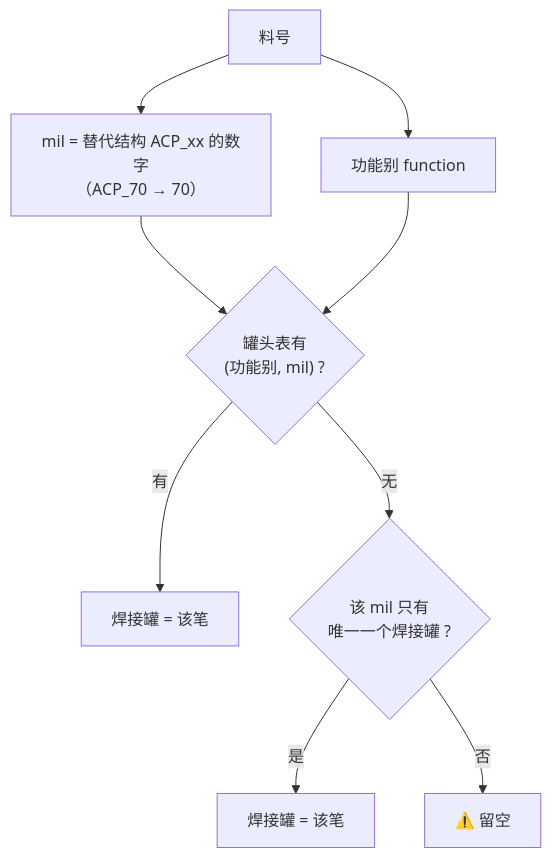
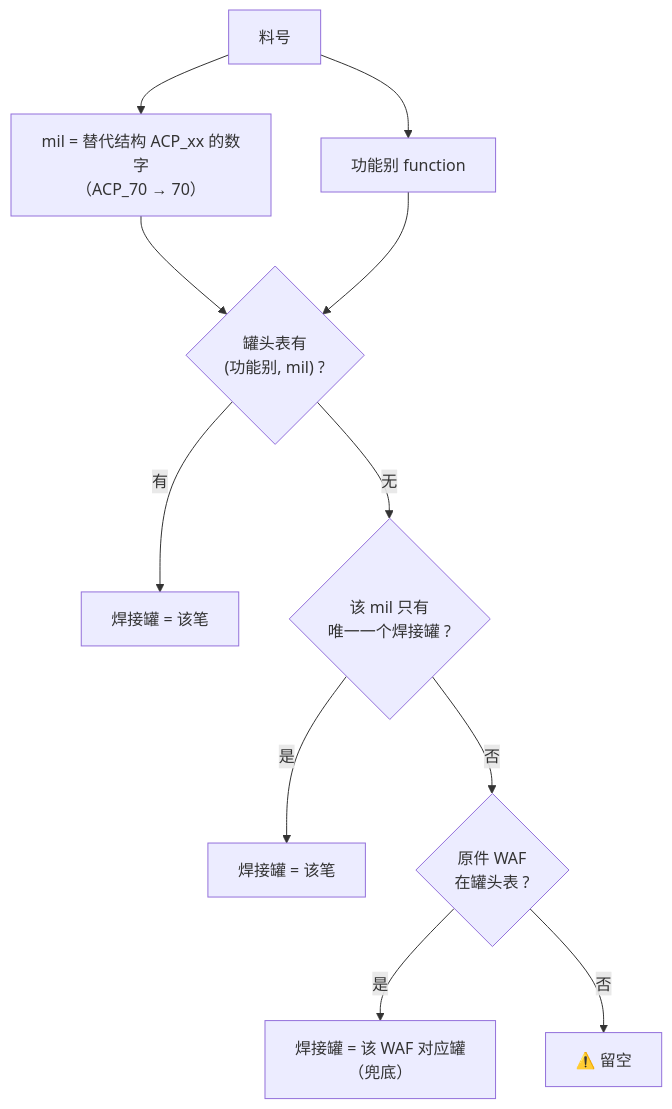
One commit to Aken-Teams/auto-bom changed the fourth of 7 diagrams in docs/现行Mapping规则与流程.md. Above: the diagram before and after it, drawn with Mermaid. The commit also changed other lines of this file and 24 other files, not shown here.

````diff
--- a/docs/现行Mapping规则与流程.md
+++ b/docs/现行Mapping规则与流程.md
@@ -93,11 +93,13 @@
 ```mermaid
 flowchart TD
     I["料号"] --> MIL["mil = 替代结构 ACP_xx 的数字<br/>（ACP_70 → 70）"]
     I --> FUN["功能别 function"]
     MIL --> Q{"罐头表有<br/>(功能别, mil) ?"}
     FUN --> Q
     Q -- 有 --> R1["焊接罐 = 该笔"]
     Q -- 无 --> Q2{"该 mil 只有<br/>唯一一个焊接罐 ?"}
     Q2 -- 是 --> R2["焊接罐 = 该笔"]
-    Q2 -- 否 --> R3["⚠️ 留空"]
+    Q2 -- 否 --> Q3{"原件 WAF<br/>在罐头表 ?"}
+    Q3 -- 是 --> R4["焊接罐 = 该 WAF 对应罐<br/>（兜底）"]
+    Q3 -- 否 --> R3["⚠️ 留空"]
 ```
````
